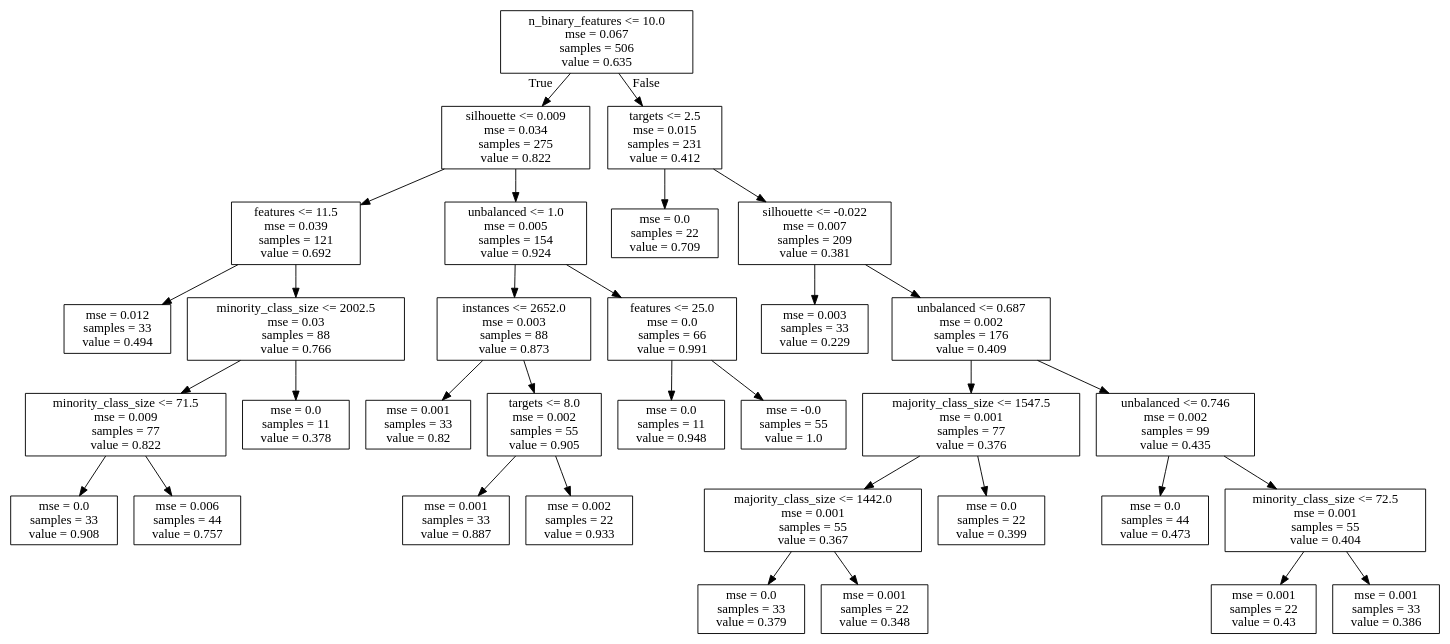
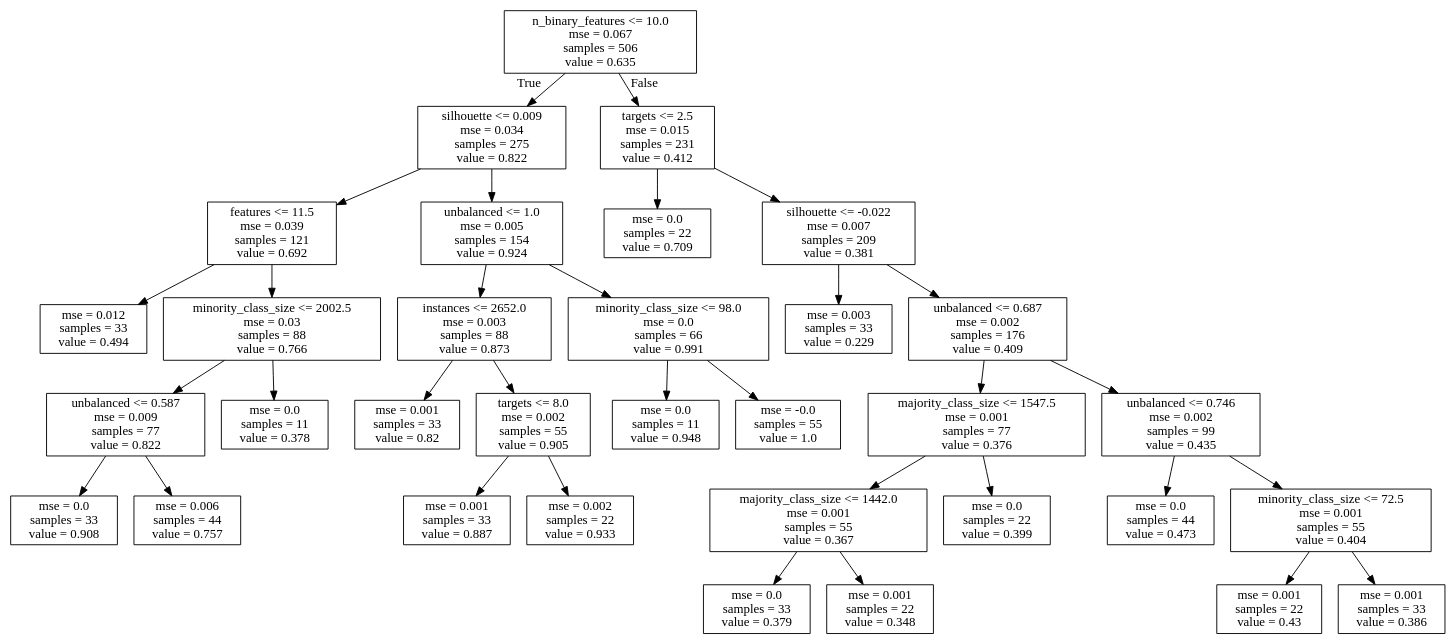
The diagram in analysis/learning/regression/results/trees/cmb_svc_f1_scores.dot (rsboos/DistributedClassifier), drawn with Graphviz before and after one commit. The commit also changed 68 other files, not shown here.

```diff
--- a/analysis/learning/regression/results/trees/cmb_svc_f1_scores.dot
+++ b/analysis/learning/regression/results/trees/cmb_svc_f1_scores.dot
@@ -1,68 +1,68 @@
 digraph Tree {
 node [shape=box] ;
 0 [label="n_binary_features <= 10.0\nmse = 0.067\nsamples = 506\nvalue = 0.635"] ;
 1 [label="silhouette <= 0.009\nmse = 0.034\nsamples = 275\nvalue = 0.822"] ;
 0 -> 1 [labeldistance=2.5, labelangle=45, headlabel="True"] ;
 2 [label="features <= 11.5\nmse = 0.039\nsamples = 121\nvalue = 0.692"] ;
 1 -> 2 ;
 3 [label="mse = 0.012\nsamples = 33\nvalue = 0.494"] ;
 2 -> 3 ;
 4 [label="minority_class_size <= 2002.5\nmse = 0.03\nsamples = 88\nvalue = 0.766"] ;
 2 -> 4 ;
-5 [label="minority_class_size <= 71.5\nmse = 0.009\nsamples = 77\nvalue = 0.822"] ;
+5 [label="unbalanced <= 0.587\nmse = 0.009\nsamples = 77\nvalue = 0.822"] ;
 4 -> 5 ;
 6 [label="mse = 0.0\nsamples = 33\nvalue = 0.908"] ;
 5 -> 6 ;
 7 [label="mse = 0.006\nsamples = 44\nvalue = 0.757"] ;
 5 -> 7 ;
 8 [label="mse = 0.0\nsamples = 11\nvalue = 0.378"] ;
 4 -> 8 ;
 9 [label="unbalanced <= 1.0\nmse = 0.005\nsamples = 154\nvalue = 0.924"] ;
 1 -> 9 ;
 10 [label="instances <= 2652.0\nmse = 0.003\nsamples = 88\nvalue = 0.873"] ;
 9 -> 10 ;
 11 [label="mse = 0.001\nsamples = 33\nvalue = 0.82"] ;
 10 -> 11 ;
 12 [label="targets <= 8.0\nmse = 0.002\nsamples = 55\nvalue = 0.905"] ;
 10 -> 12 ;
 13 [label="mse = 0.001\nsamples = 33\nvalue = 0.887"] ;
 12 -> 13 ;
 14 [label="mse = 0.002\nsamples = 22\nvalue = 0.933"] ;
 12 -> 14 ;
-15 [label="features <= 25.0\nmse = 0.0\nsamples = 66\nvalue = 0.991"] ;
+15 [label="minority_class_size <= 98.0\nmse = 0.0\nsamples = 66\nvalue = 0.991"] ;
 9 -> 15 ;
 16 [label="mse = 0.0\nsamples = 11\nvalue = 0.948"] ;
 15 -> 16 ;
 17 [label="mse = -0.0\nsamples = 55\nvalue = 1.0"] ;
 15 -> 17 ;
 18 [label="targets <= 2.5\nmse = 0.015\nsamples = 231\nvalue = 0.412"] ;
 0 -> 18 [labeldistance=2.5, labelangle=-45, headlabel="False"] ;
 19 [label="mse = 0.0\nsamples = 22\nvalue = 0.709"] ;
 18 -> 19 ;
 20 [label="silhouette <= -0.022\nmse = 0.007\nsamples = 209\nvalue = 0.381"] ;
 18 -> 20 ;
 21 [label="mse = 0.003\nsamples = 33\nvalue = 0.229"] ;
 20 -> 21 ;
 22 [label="unbalanced <= 0.687\nmse = 0.002\nsamples = 176\nvalue = 0.409"] ;
 20 -> 22 ;
 23 [label="majority_class_size <= 1547.5\nmse = 0.001\nsamples = 77\nvalue = 0.376"] ;
 22 -> 23 ;
 24 [label="majority_class_size <= 1442.0\nmse = 0.001\nsamples = 55\nvalue = 0.367"] ;
 23 -> 24 ;
 25 [label="mse = 0.0\nsamples = 33\nvalue = 0.379"] ;
 24 -> 25 ;
 26 [label="mse = 0.001\nsamples = 22\nvalue = 0.348"] ;
 24 -> 26 ;
 27 [label="mse = 0.0\nsamples = 22\nvalue = 0.399"] ;
 23 -> 27 ;
 28 [label="unbalanced <= 0.746\nmse = 0.002\nsamples = 99\nvalue = 0.435"] ;
 22 -> 28 ;
 29 [label="mse = 0.0\nsamples = 44\nvalue = 0.473"] ;
 28 -> 29 ;
 30 [label="minority_class_size <= 72.5\nmse = 0.001\nsamples = 55\nvalue = 0.404"] ;
 28 -> 30 ;
 31 [label="mse = 0.001\nsamples = 22\nvalue = 0.43"] ;
 30 -> 31 ;
 32 [label="mse = 0.001\nsamples = 33\nvalue = 0.386"] ;
 30 -> 32 ;
 }
```
